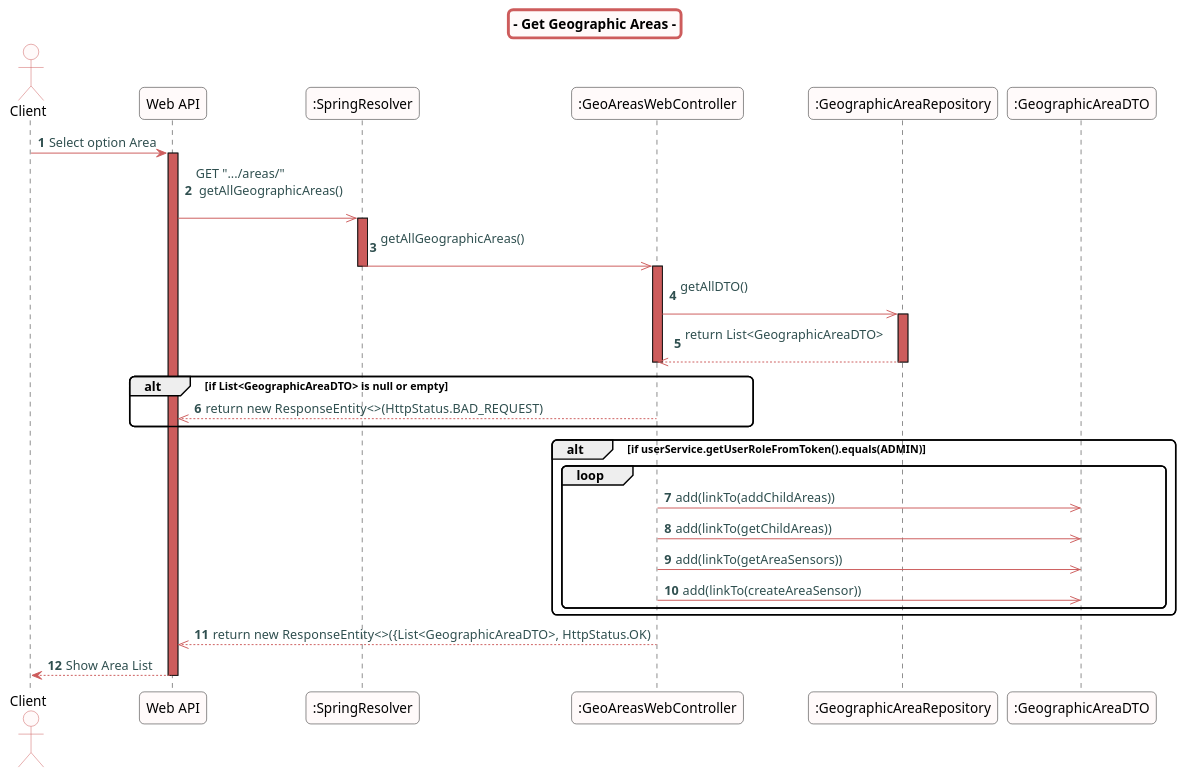
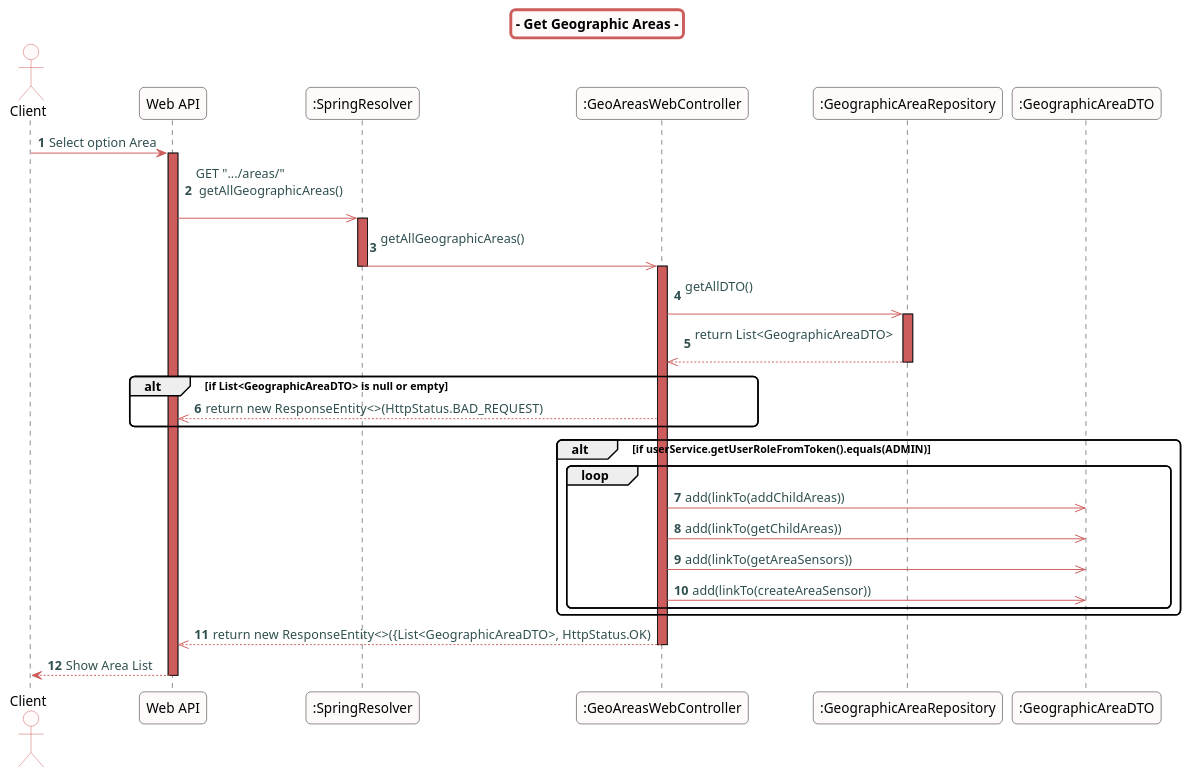
Before and after one commit to Almadanmp/frontend4: the diagram in src/doc/WEB_Controllers/GASettings/getAllGeographicAreas.puml, drawn with PlantUML. The commit also changed other lines of this file and 1 other file, not shown here.

Commit message:
- getAreaSensors sequence diagram minor changes - getAllGeographicAreas updated

```diff
--- a/src/doc/WEB_Controllers/GASettings/getAllGeographicAreas.puml
+++ b/src/doc/WEB_Controllers/GASettings/getAllGeographicAreas.puml
@@ -1,64 +1,64 @@
 @startuml
 skinparam titleBorderRoundCorner 10
 skinparam titleBorderThickness 3
 skinparam titleBorderColor indianred
 skinparam titleBackgroundColor snow
 skinparam FontName quicksand
 
 skinparam actor {
   BorderColor indianred
   backgroundColor Snow
   }
 
 skinparam sequence {
   LifeLineBackgroundColor indianred
   ParticipantBackgroundColor snow
 }
 
 skinparam roundcorner 10
 
 skinparam component {
   arrowThickness 1
   ArrowFontName Verdana
   ArrowColor indianred
   ArrowFontColor darkslategrey
 }
 
 
 autonumber
 title - Get Geographic Areas -
 actor "Client"
 
 "Client" -> "Web API": Select option Area
 
 activate "Web API"
 "Web API" ->> ":SpringResolver":  GET ".../areas/" \n getAllGeographicAreas() \n
 activate ":SpringResolver"
 ":SpringResolver" ->> ":GeoAreasWebController": getAllGeographicAreas() \n
 deactivate ":SpringResolver"
 activate ":GeoAreasWebController"
 ":GeoAreasWebController" ->> ":GeographicAreaRepository": getAllDTO() \n
 activate ":GeographicAreaRepository"
 ":GeographicAreaRepository" -->> ":GeoAreasWebController":  return List<GeographicAreaDTO> \n
 deactivate ":GeographicAreaRepository"
-deactivate ":GeoAreasWebController"
 alt if List<GeographicAreaDTO> is null or empty
 ":GeoAreasWebController" -->> "Web API": return  new ResponseEntity<>(HttpStatus.BAD_REQUEST)
 end
 
 
 alt if userService.getUserRoleFromToken().equals(ADMIN)
 loop
 
 ":GeoAreasWebController" ->> ":GeographicAreaDTO": add(linkTo(addChildAreas))
 ":GeoAreasWebController" ->> ":GeographicAreaDTO": add(linkTo(getChildAreas))
 ":GeoAreasWebController" ->> ":GeographicAreaDTO": add(linkTo(getAreaSensors))
 ":GeoAreasWebController" ->> ":GeographicAreaDTO": add(linkTo(createAreaSensor))
 end
 end
 ":GeoAreasWebController" -->> "Web API": return  new ResponseEntity<>({List<GeographicAreaDTO>, HttpStatus.OK)
+deactivate ":GeoAreasWebController"
 
 "Web API" --> "Client": Show Area List
 deactivate "Web API"
 
 @enduml
```
